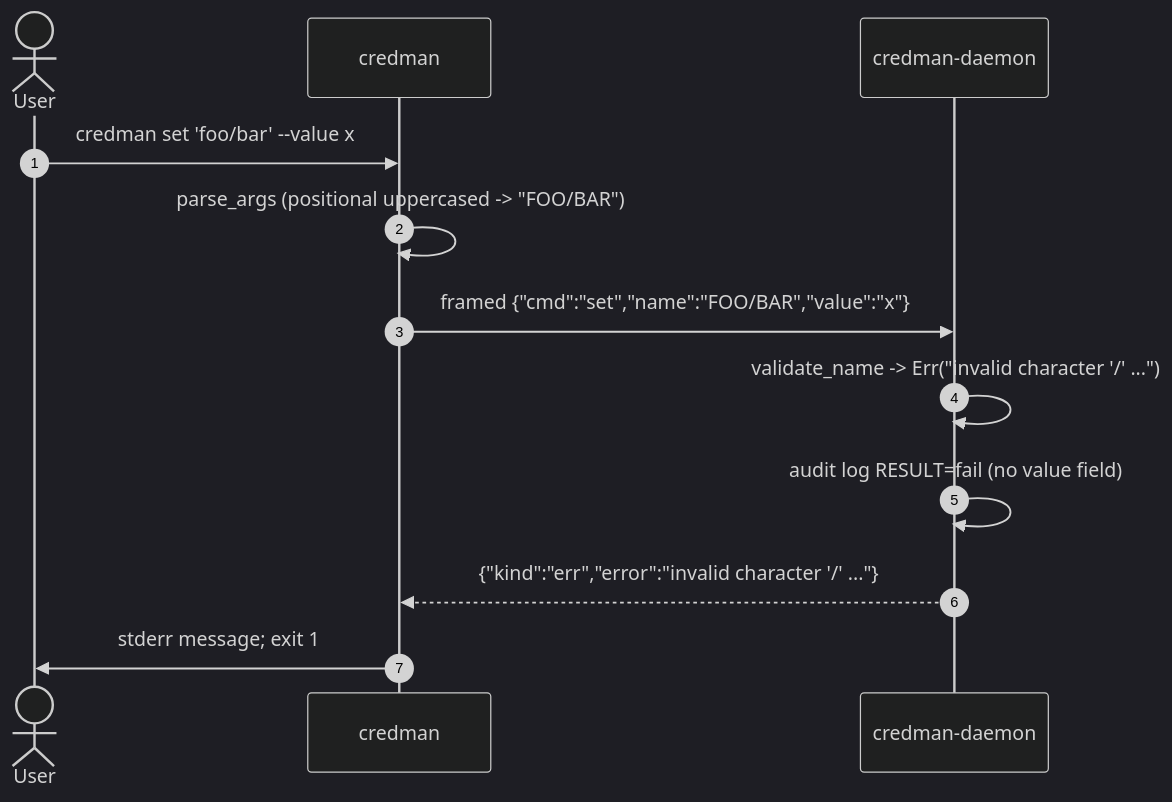
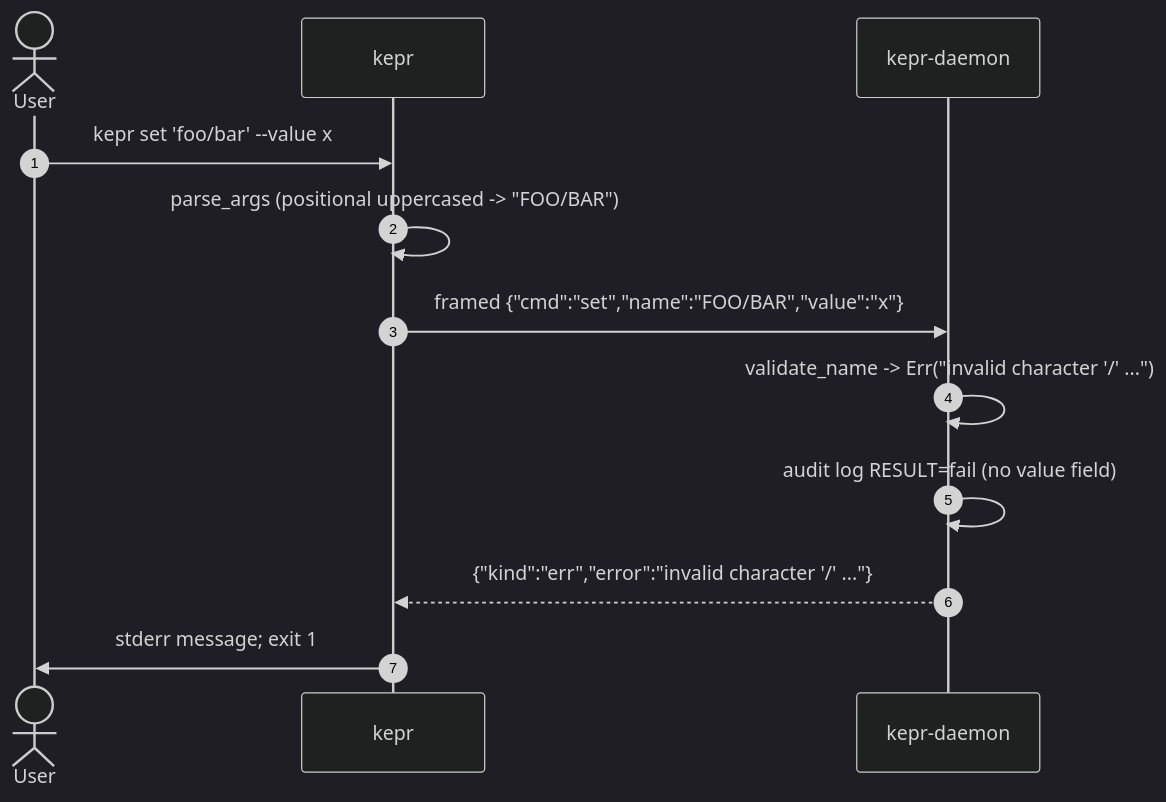
One commit to justdoGIT/kepr changed the fourth of 5 diagrams in docs/content/docs/architecture/sequence-diagrams.mdx. Above: the diagram before and after it, drawn with Mermaid (dark theme). The commit also changed other lines of this file and 14 other files, not shown here.

````diff
--- a/docs/content/docs/architecture/sequence-diagrams.mdx
+++ b/docs/content/docs/architecture/sequence-diagrams.mdx
@@ -101,15 +101,15 @@
 ```mermaid
 sequenceDiagram
     autonumber
     actor U as User
-    participant CLI as credman
-    participant D as credman-daemon
+    participant CLI as kepr
+    participant D as kepr-daemon
 
-    U->>CLI: credman set 'foo/bar' --value x
+    U->>CLI: kepr set 'foo/bar' --value x
     CLI->>CLI: parse_args (positional uppercased -> "FOO/BAR")
     CLI->>D: framed {"cmd":"set","name":"FOO/BAR","value":"x"}
     D->>D: validate_name -> Err("invalid character '/' ...")
     D->>D: audit log RESULT=fail (no value field)
     D-->>CLI: {"kind":"err","error":"invalid character '/' ..."}
     CLI->>U: stderr message#59; exit 1
 ```
````
